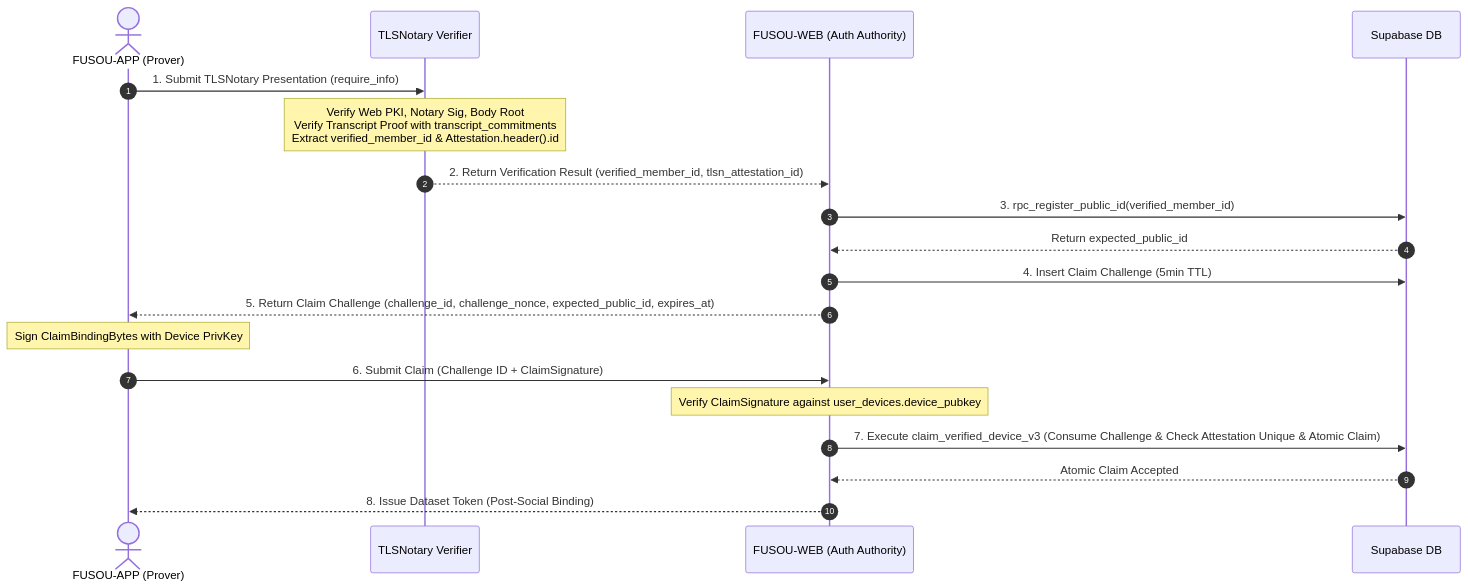
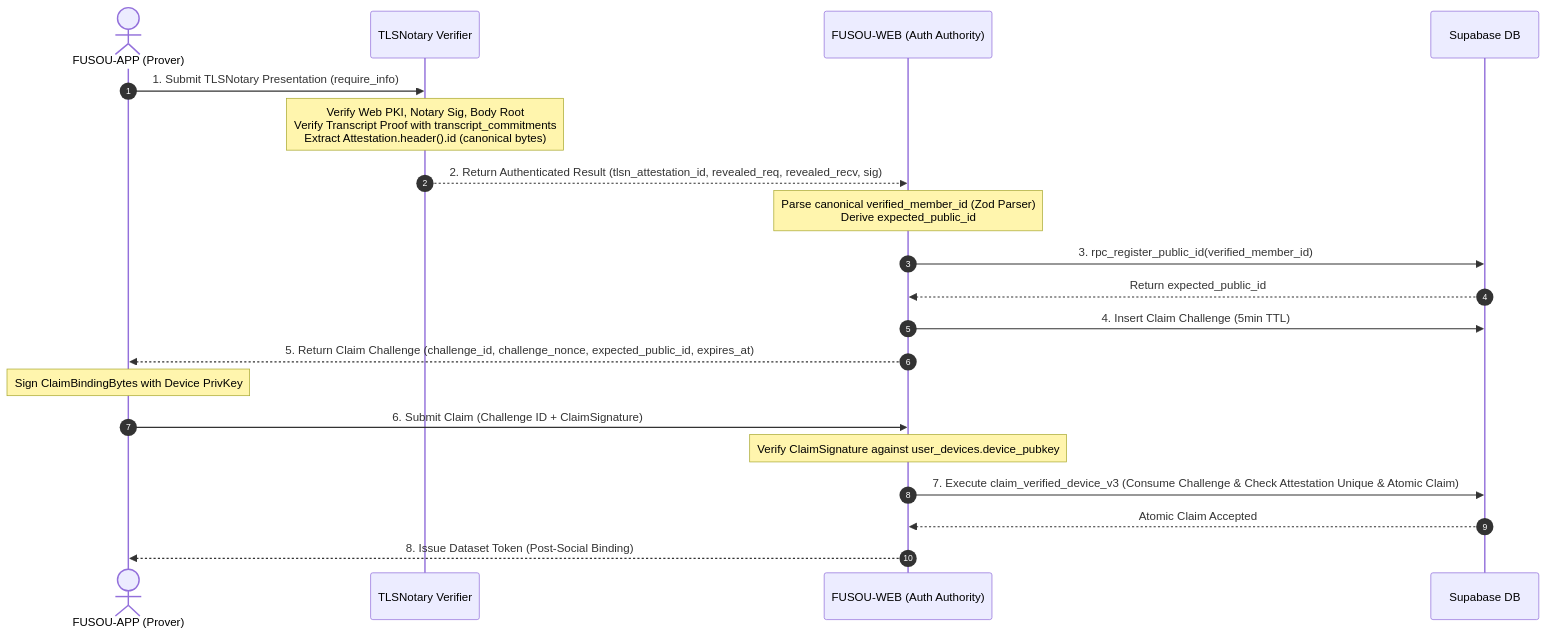
One commit to tsukasa-u/FUSOU changed the second of 2 diagrams in docs/operations/member-id-preemptive-attack-and-recovery.md. Above: the diagram before and after it, drawn with Mermaid. The commit also changed other lines of this file and 1 other file, not shown here.

First line of the commit message:
docs(security): complete proof_purpose domain separation, canonical byte serialization, and verifier result transport

````diff
--- a/docs/operations/member-id-preemptive-attack-and-recovery.md
+++ b/docs/operations/member-id-preemptive-attack-and-recovery.md
@@ -254,22 +260,23 @@
 ```mermaid
 sequenceDiagram
     autonumber
     actor Client as FUSOU-APP (Prover)
     participant Verifier as TLSNotary Verifier
     participant Web as FUSOU-WEB (Auth Authority)
     participant DB as Supabase DB
 
     Client->>Verifier: 1. Submit TLSNotary Presentation (require_info)
-    Note over Verifier: Verify Web PKI, Notary Sig, Body Root<br/>Verify Transcript Proof with transcript_commitments<br/>Extract verified_member_id & Attestation.header().id
-    Verifier-->>Web: 2. Return Verification Result (verified_member_id, tlsn_attestation_id)
+    Note over Verifier: Verify Web PKI, Notary Sig, Body Root<br/>Verify Transcript Proof with transcript_commitments<br/>Extract Attestation.header().id (canonical bytes)
+    Verifier-->>Web: 2. Return Authenticated Result (tlsn_attestation_id, revealed_req, revealed_recv, sig)
+    Note over Web: Parse canonical verified_member_id (Zod Parser)<br/>Derive expected_public_id
     Web->>DB: 3. rpc_register_public_id(verified_member_id)
     DB-->>Web: Return expected_public_id
     Web->>DB: 4. Insert Claim Challenge (5min TTL)
     Web-->>Client: 5. Return Claim Challenge (challenge_id, challenge_nonce, expected_public_id, expires_at)
     Note over Client: Sign ClaimBindingBytes with Device PrivKey
     Client->>Web: 6. Submit Claim (Challenge ID + ClaimSignature)
     Note over Web: Verify ClaimSignature against user_devices.device_pubkey
     Web->>DB: 7. Execute claim_verified_device_v3 (Consume Challenge & Check Attestation Unique & Atomic Claim)
     DB-->>Web: Atomic Claim Accepted
     Web-->>Client: 8. Issue Dataset Token (Post-Social Binding)
 ```
````
